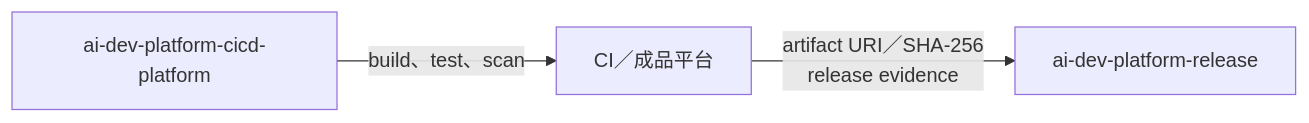
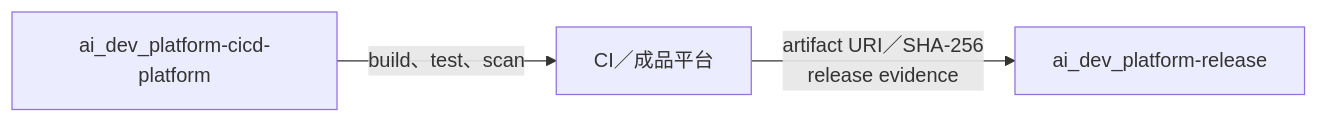
One commit to JiaChangGit/ai_dev_platform-release changed the diagram in README.md. Above: the diagram before and after it, drawn with Mermaid. The commit also changed other lines of this file and 2 other files, not shown here.

Commit message:
docs(release): harden repository initialization

````diff
--- a/README.md
+++ b/README.md
@@ -5,5 +5,5 @@
 ```mermaid
 flowchart LR
-    A["ai-dev-platform-cicd-platform"] -->|"build、test、scan"| B["CI／成品平台"]
-    B -->|"artifact URI／SHA-256<br/>release evidence"| C["ai-dev-platform-release"]
+    A["ai_dev_platform-cicd-platform"] -->|"build、test、scan"| B["CI／成品平台"]
+    B -->|"artifact URI／SHA-256<br/>release evidence"| C["ai_dev_platform-release"]
 ```
````
